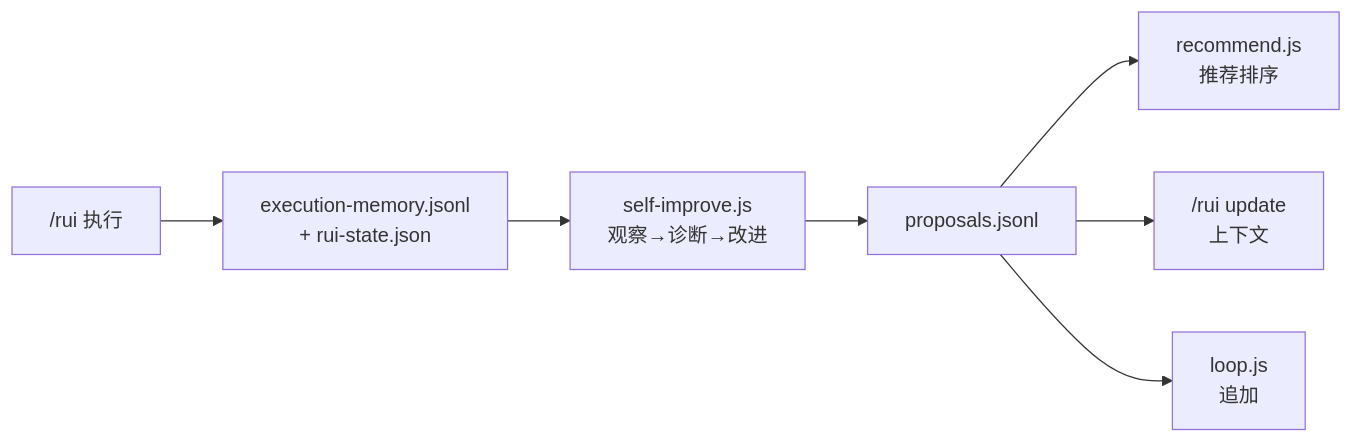
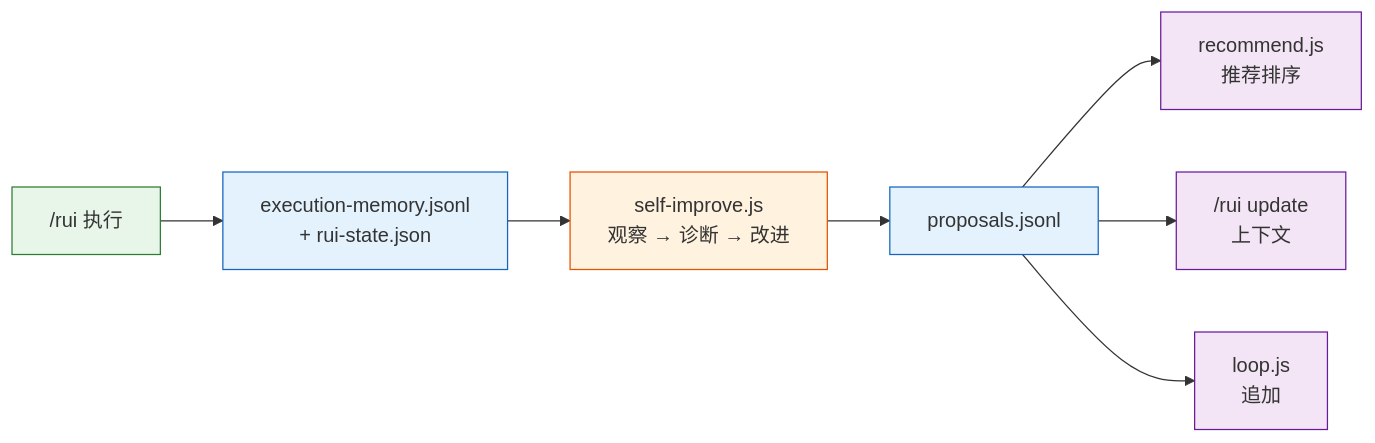
Before and after one commit to effiy/YrY: diagram 11 of 13 in skills/rui/coder.md, drawn with Mermaid. The commit also changed other lines of this file and 18 other files, not shown here.

````diff
--- a/skills/rui/coder.md
+++ b/skills/rui/coder.md
@@ -255,9 +301,14 @@
 ```mermaid
 flowchart LR
-    A["/rui 执行"] --> B["execution-memory.jsonl<br/>+ rui-state.json"]
-    B --> C["self-improve.js<br/>观察→诊断→改进"]
-    C --> D[proposals.jsonl]
-    D --> E1["recommend.js<br/>推荐排序"]
-    D --> E2["/rui update<br/>上下文"]
-    D --> E3["loop.js<br/>追加"]
+    A["/rui 执行"]:::src --> B["execution-memory.jsonl<br/>+ rui-state.json"]:::store
+    B --> C["self-improve.js<br/>观察 → 诊断 → 改进"]:::op
+    C --> D["proposals.jsonl"]:::store
+    D --> E1["recommend.js<br/>推荐排序"]:::use
+    D --> E2["/rui update<br/>上下文"]:::use
+    D --> E3["loop.js<br/>追加"]:::use
+
+    classDef src fill:#e8f5e9,stroke:#2e7d32;
+    classDef store fill:#e3f2fd,stroke:#1565c0;
+    classDef op fill:#fff3e0,stroke:#e65100;
+    classDef use fill:#f3e5f5,stroke:#6a1b9a;
 ```
````
